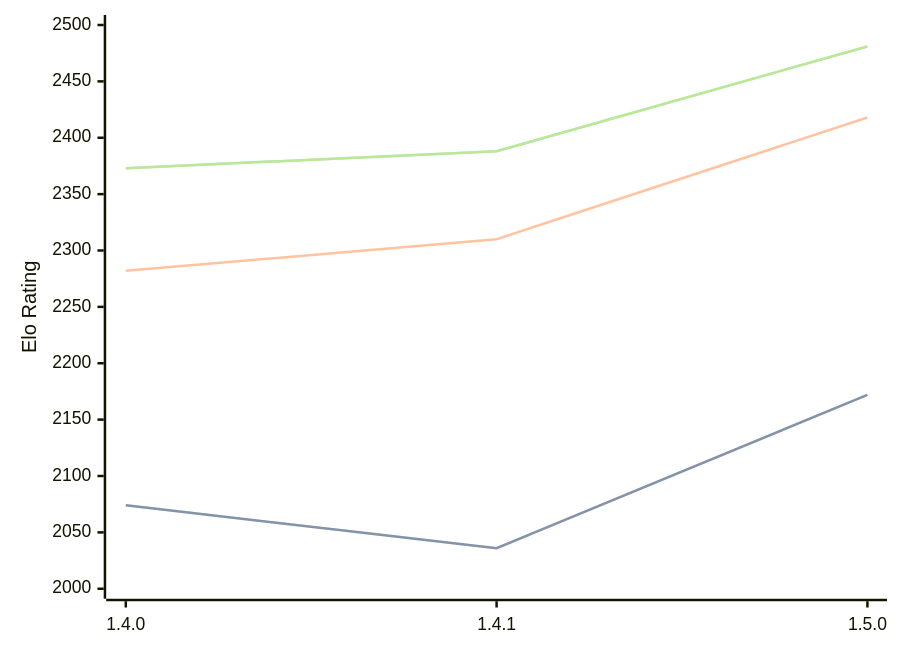
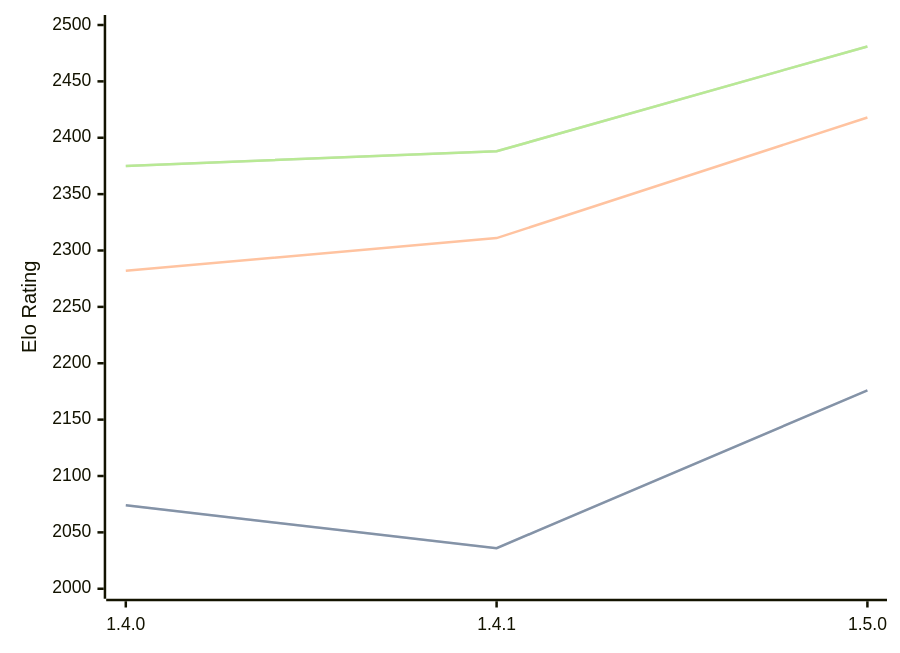
Before and after one commit to computer-chess-index/cci: the first of 3 diagrams in engines/Tofiks.md, drawn with Mermaid. The commit also changed other lines of this file, not shown here.

Commit message:
Update CCI Ratings (ELO VLTC) - 2026-06-20

````diff
--- a/engines/Tofiks.md
+++ b/engines/Tofiks.md
@@ -37,11 +37,11 @@
 ```mermaid
 %%{init: {"theme":"base","themeVariables":{"seriesColors:['#a3a3a3','#222221','#faa371']}}}%%
 xychart-beta
   x-axis ["1.4.0", "1.4.1", "1.5.0"]
   y-axis "Elo Rating" 2000 --> 2500
-  line "STC (8.0+0.08s)" [2074, 2036, 2172]
-  line "STC (8.0+0.08s)" [2074, 2036, 2172]
-  line "LTC (60.0+0.60s)" [2282, 2310, 2418]
-  line "VLTC (2m24s+1.12s)" [2373, 2388, 2481]
-  line "VLTC (2m24s+1.12s)" [2373, 2388, 2481]
+  line "STC (8.0+0.08s)" [2074, 2036, 2176]
+  line "STC (8.0+0.08s)" [2074, 2036, 2176]
+  line "LTC (60.0+0.60s)" [2282, 2311, 2418]
+  line "VLTC (2m24s+1.12s)" [2375, 2388, 2481]
+  line "VLTC (2m24s+1.12s)" [2375, 2388, 2481]
 ```
````
